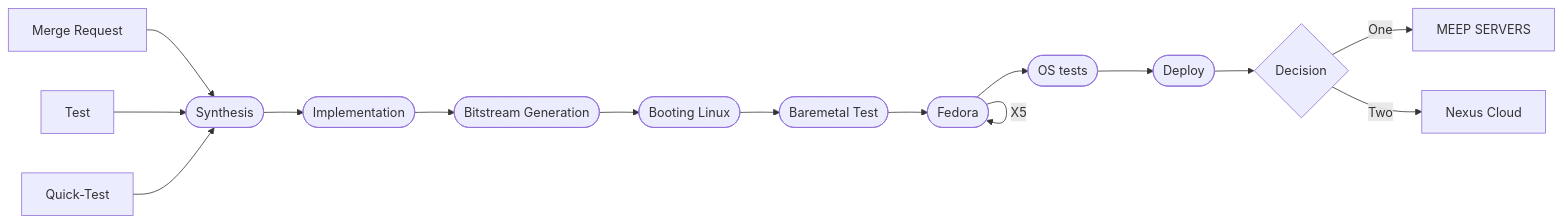
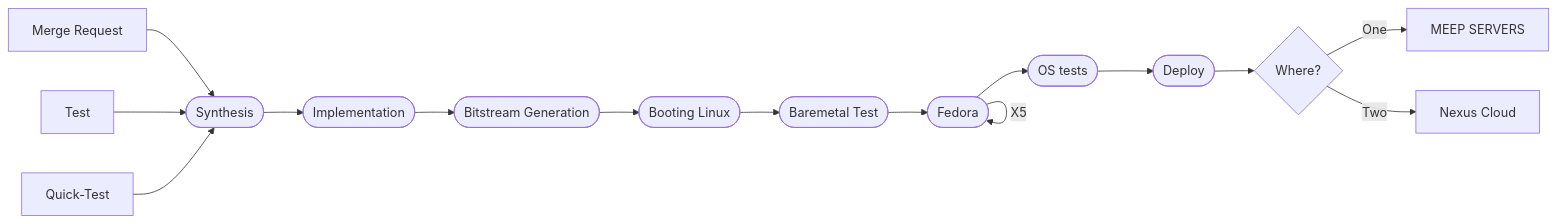
The diagram in README.md (MEEPproject/fpga_shell), drawn with Mermaid before and after one commit.

Commit message:
Updated README  file

````diff
--- a/README.md
+++ b/README.md
@@ -234,18 +234,18 @@
 ```mermaid
 flowchart LR
     A[Merge Request]  --> B([Synthesis])
     T[Test]  --> B([Synthesis])
     Q[Quick-Test]  --> B([Synthesis])
     B --> C([Implementation])
     C --> D([Bitstream Generation])
     D --> E([Booting Linux])
     E --> F([Baremetal Test])
     F --> G([Fedora])
     G -- X5 --> G([Fedora])
     G --> H([OS tests])
     H --> I([Deploy])
 
-    I --> J{Decision}
+    I --> J{Where?}
     J -->|One| K[MEEP SERVERS]
     J -->|Two| L[Nexus Cloud]
 ```
````
